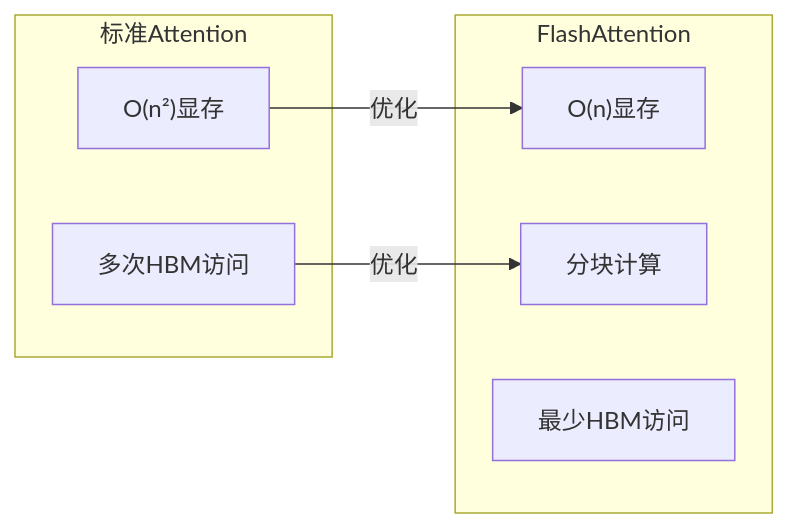
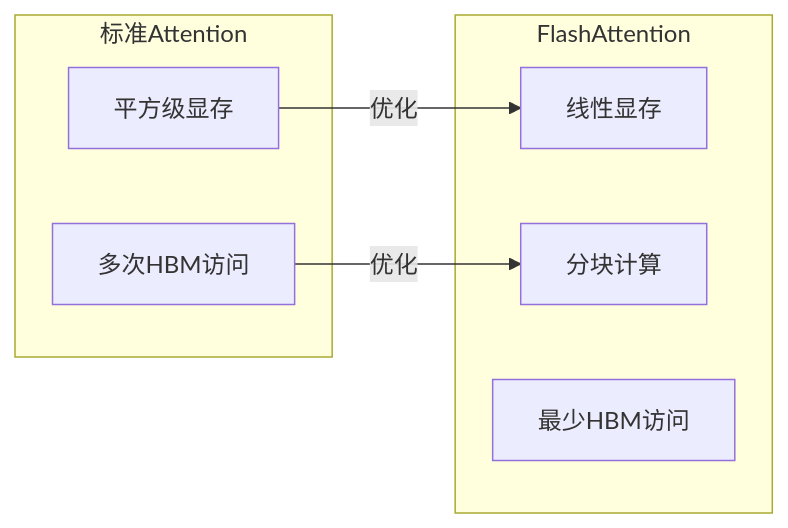
One commit to Xunzhuo/mini-sglang changed diagram 17 of 24 in learning/website/docs/basics/05-transformer-architecture.md. Above: the diagram before and after it, drawn with Mermaid. The commit also changed other lines of this file and 5 other files, not shown here.

````diff
--- a/learning/website/docs/basics/05-transformer-architecture.md
+++ b/learning/website/docs/basics/05-transformer-architecture.md
@@ -461,16 +461,16 @@
 ```mermaid
 graph LR
     subgraph Standard["标准Attention"]
-        S1["O(n²)显存"]
+        S1["平方级显存"]
         S2["多次HBM访问"]
     end
 
     subgraph Flash["FlashAttention"]
-        F1["O(n)显存"]
+        F1["线性显存"]
         F2["分块计算"]
         F3["最少HBM访问"]
     end
 
     S1 --> |优化| F1
     S2 --> |优化| F2
 ```
````
